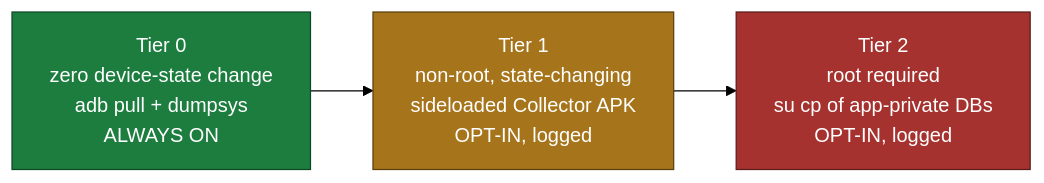
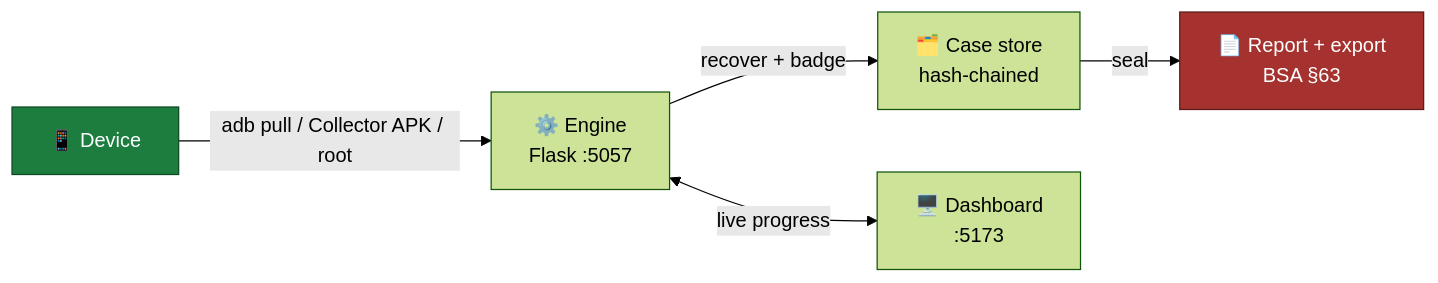
The diagram in README.md (Punya23/Android_Forensic), drawn with Mermaid (forest theme) before and after one commit. The commit also changed other lines of this file and 6 other files, not shown here.

````diff
--- a/README.md
+++ b/README.md
@@ -159,10 +38,9 @@
 ```mermaid
 flowchart LR
-    T0["Tier 0<br/>zero device-state change<br/>adb pull + dumpsys<br/>ALWAYS ON"]
-    T1["Tier 1<br/>non-root, state-changing<br/>sideloaded Collector APK<br/>OPT-IN, logged"]
-    T2["Tier 2<br/>root required<br/>su cp of app-private DBs<br/>OPT-IN, logged"]
-    T0 --> T1 --> T2
-    style T0 fill:#1c7d3f,color:#fff,stroke:#0d4a24
-    style T1 fill:#a6741a,color:#fff,stroke:#5c400e
-    style T2 fill:#a5322f,color:#fff,stroke:#5c1c19
+    A["📱 Device"] -->|adb pull / Collector APK / root| B["⚙️ Engine<br/>Flask :5057"]
+    B -->|recover + badge| C["🗂️ Case store<br/>hash-chained"]
+    B <-->|live progress| D["🖥️ Dashboard<br/>:5173"]
+    C -->|seal| E["📄 Report + export<br/>BSA §63"]
+    style A fill:#1c7d3f,color:#fff,stroke:#0d4a24
+    style E fill:#a5322f,color:#fff,stroke:#5c1c19
 ```
````
